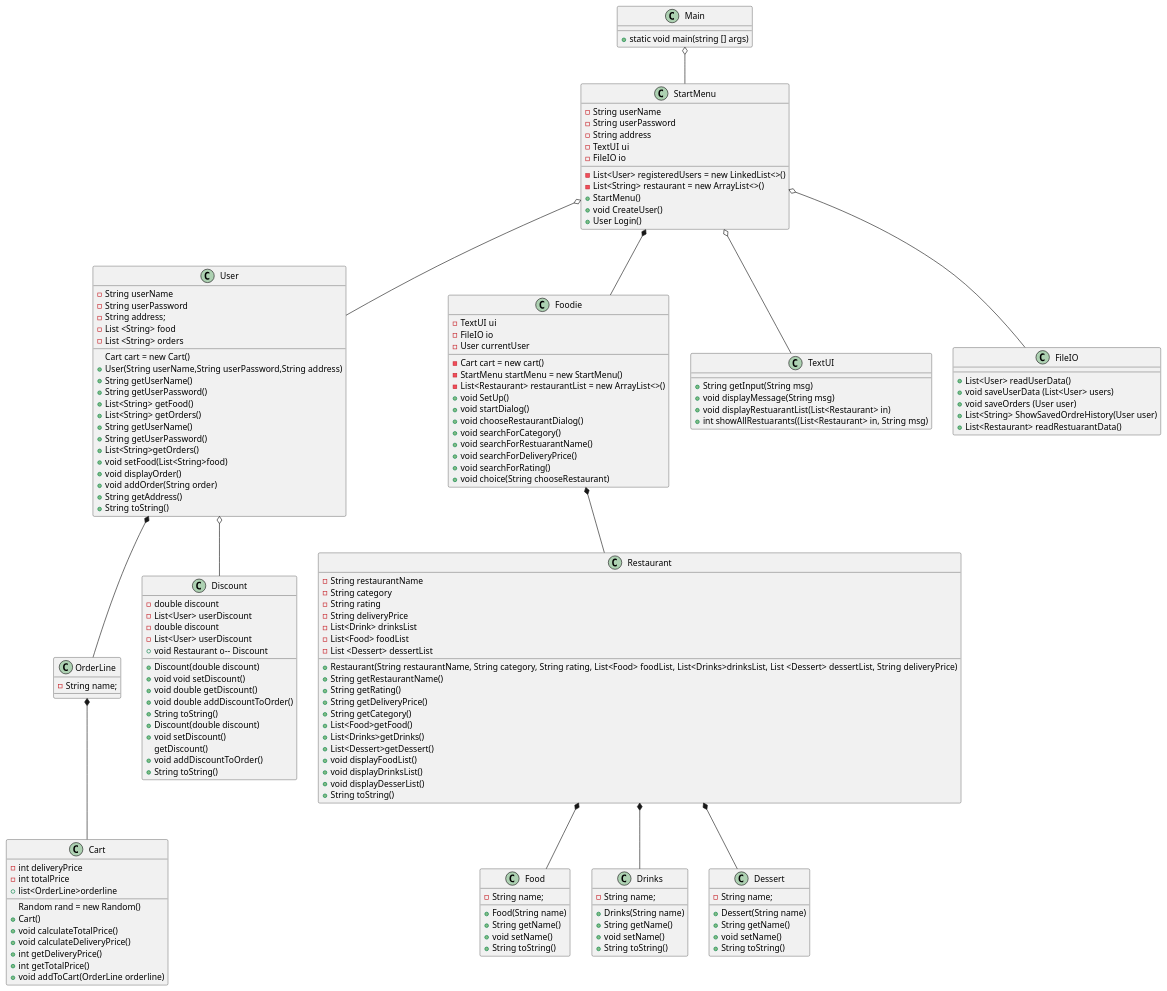
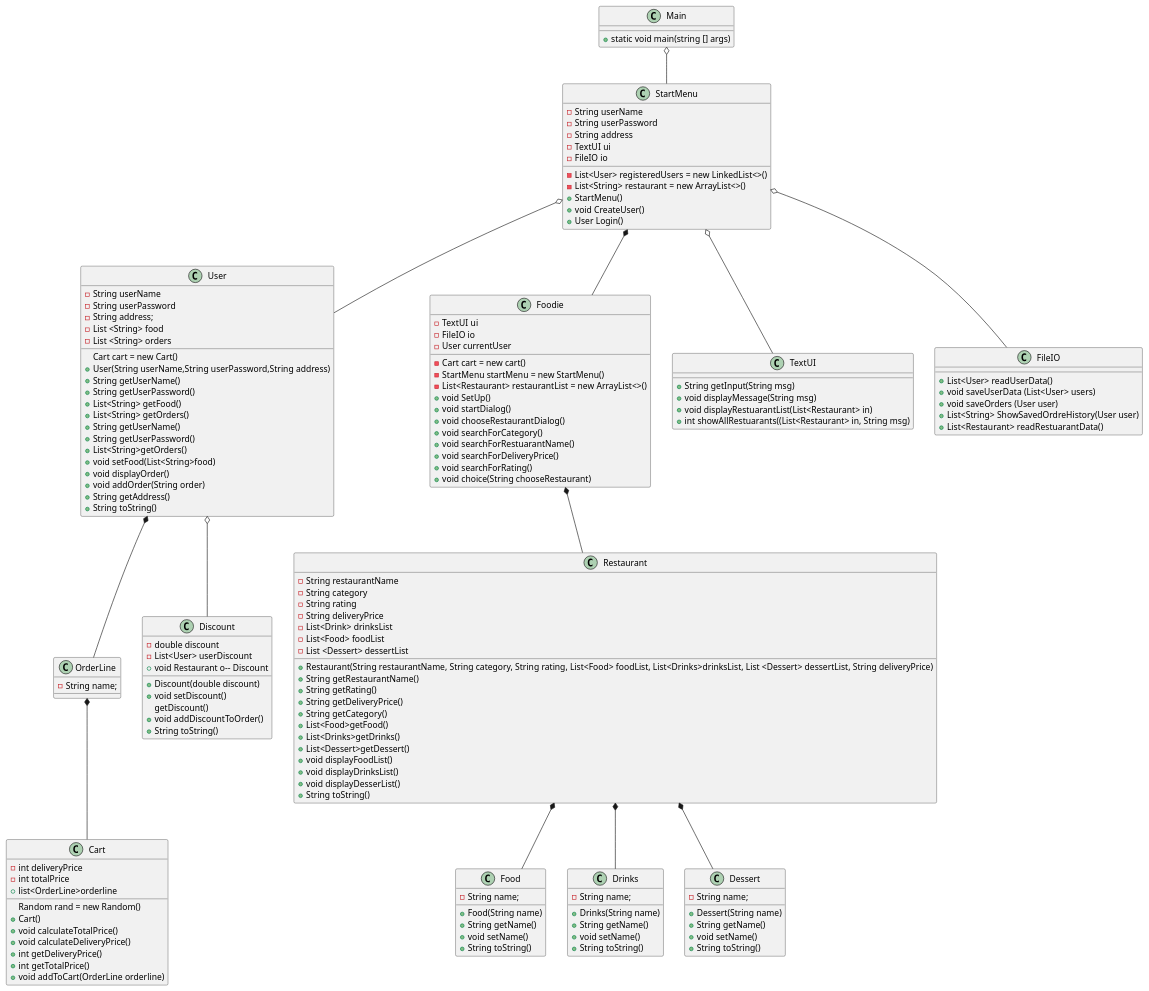
Before and after one commit to Madihakhan1/ICE-2024: the diagram in Doc/ClassDiagram1.3.puml, drawn with PlantUML. The commit also changed 3 other files, not shown here.

```diff
--- a/Doc/ClassDiagram1.3.puml
+++ b/Doc/ClassDiagram1.3.puml
@@ -1,179 +1,169 @@
 @startuml
 'https://plantuml.com/object-diagram
 
 class Main{
 + static void main(string [] args)
 }
 
 class StartMenu{
 - String userName
 - String userPassword
 - String address
 - List<User> registeredUsers = new LinkedList<>()
 - List<String> restaurant = new ArrayList<>()
 - TextUI ui
 - FileIO io
 + StartMenu()
 + void CreateUser()
 + User Login()
 }
 
 class User{
 - String userName
 - String userPassword
 - String address;
 - List <String> food
 - List <String> orders
   Cart cart = new Cart()
 + User(String userName,String userPassword,String address)
 + String getUserName()
 + String getUserPassword()
 + List<String> getFood()
 + List<String> getOrders()
 + String getUserName()
 + String getUserPassword()
 + List<String>getOrders()
 + void setFood(List<String>food)
 + void displayOrder()
 + void addOrder(String order)
 + String getAddress()
 + String toString()
 
 }
 
 class OrderLine{
 - String name;
-}
-
-class Discount{
-- double discount
-- List<User> userDiscount
-+ Discount(double discount)
-+ void void setDiscount()
-+ void double getDiscount()
-+ void double addDiscountToOrder()
-+ String toString()
 }
 
 class Cart{
 Random rand = new Random()
 - int deliveryPrice
 - int totalPrice
 + list<OrderLine>orderline
 + Cart()
 + void calculateTotalPrice()
 + void calculateDeliveryPrice()
 + int getDeliveryPrice()
 + int getTotalPrice()
 + void addToCart(OrderLine orderline)
 }
 
  class Restaurant{
 - String restaurantName
 - String category
 - String rating
 - String deliveryPrice
 - List<Drink> drinksList
 - List<Food> foodList
 - List <Dessert> dessertList
 + Restaurant(String restaurantName, String category, String rating, List<Food> foodList, List<Drinks>drinksList, List <Dessert> dessertList, String deliveryPrice)
 + String getRestaurantName()
 + String getRating()
 + String getDeliveryPrice()
 + String getCategory()
 + List<Food>getFood()
 + List<Drinks>getDrinks()
 + List<Dessert>getDessert()
 + void displayFoodList()
 + void displayDrinksList()
 + void displayDesserList()
 + String toString()
 }
 
 class Foodie{
 - TextUI ui
 - FileIO io
 - Cart cart = new cart()
 - StartMenu startMenu = new StartMenu()
 - User currentUser
 - List<Restaurant> restaurantList = new ArrayList<>()
 + void SetUp()
 + void startDialog()
 + void chooseRestaurantDialog()
 + void searchForCategory()
 + void searchForRestuarantName()
 + void searchForDeliveryPrice()
 + void searchForRating()
 + void choice(String chooseRestaurant)
 }
 
 class Food{
 - String name;
 + Food(String name)
 + String getName()
 + void setName()
 + String toString()
 }
 
 class Drinks{
 - String name;
 + Drinks(String name)
 + String getName()
 + void setName()
 + String toString()
 }
 
 class Dessert{
 - String name;
 + Dessert(String name)
 + String getName()
 + void setName()
 + String toString()
 }
 
 class Discount{
 - double discount
 - List<User> userDiscount
 + Discount(double discount)
 + void setDiscount()
 + void Restaurant o-- Discount
 getDiscount()
 + void addDiscountToOrder()
 + String toString()
 }
 
 class TextUI{
 + String getInput(String msg)
 + void displayMessage(String msg)
 + void displayRestuarantList(List<Restaurant> in)
 + int showAllRestuarants((List<Restaurant> in, String msg)
 }
 
 class FileIO{
 + List<User> readUserData()
 + void saveUserData (List<User> users)
 + void saveOrders (User user)
 + List<String> ShowSavedOrdreHistory(User user)
 + List<Restaurant> readRestuarantData()
 }
 
 
 Main o-- StartMenu
 
 StartMenu o-- TextUI
 StartMenu o-- FileIO
 StartMenu o-- User
 StartMenu *-- Foodie
 
 Foodie *-- Restaurant
 
 User *-- OrderLine
 User o-- Discount
 
 OrderLine *-- Cart
 
 Restaurant *-- Food
 Restaurant *-- Drinks
 Restaurant *-- Dessert
 
 @enduml
```
